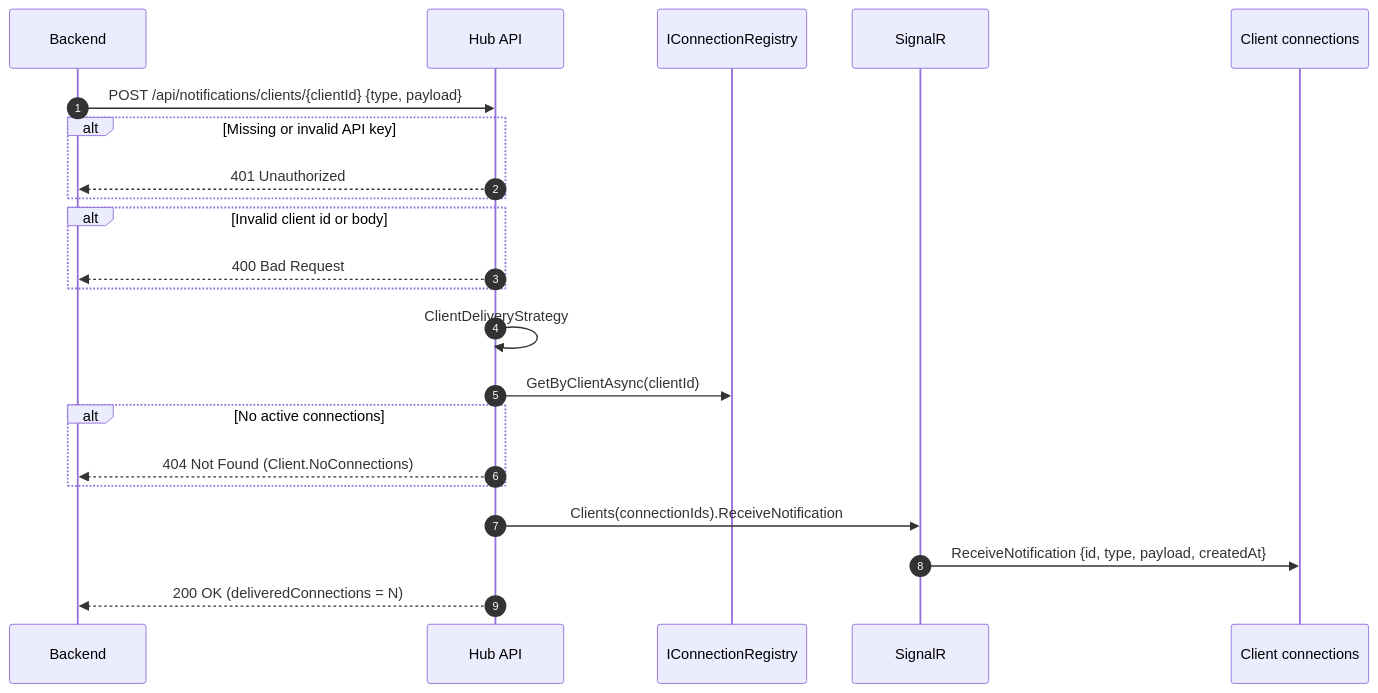
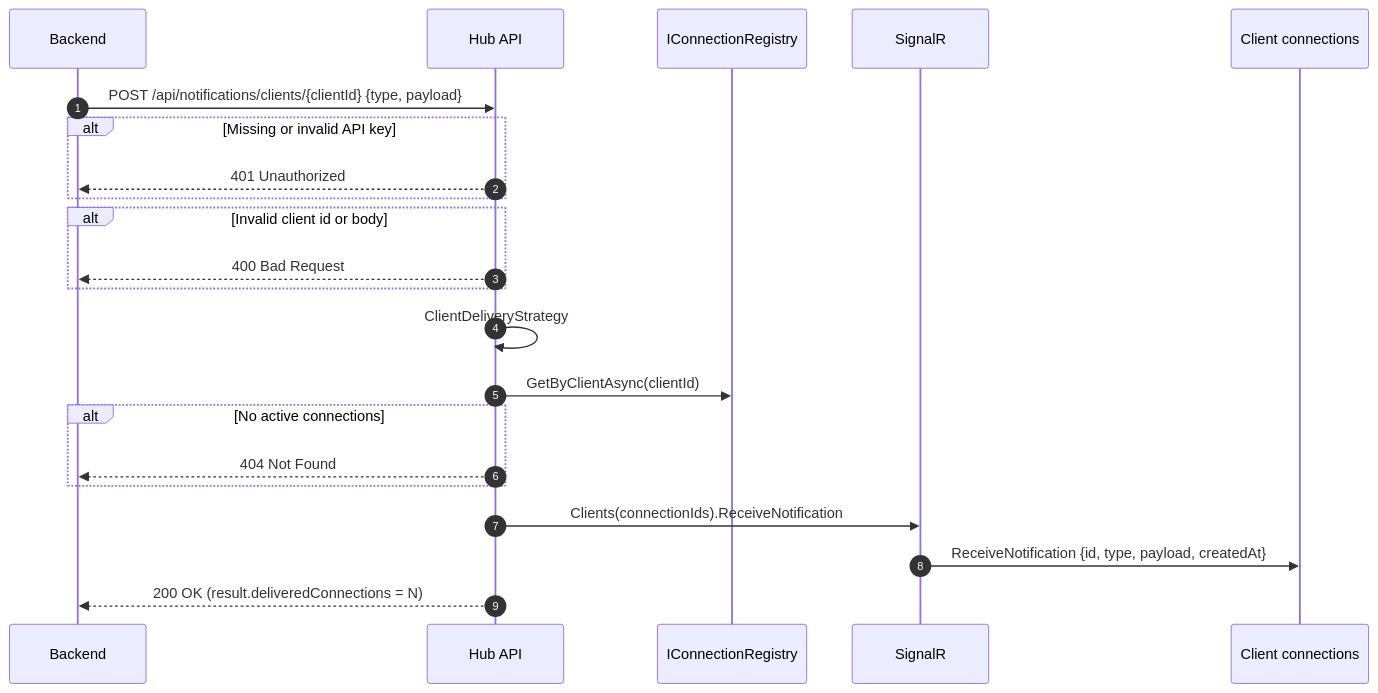
The second of 4 diagrams in README.md (Judamaro/signalrhub-dotnet), drawn with Mermaid before and after one commit. The commit also changed other lines of this file and 11 other files, not shown here.

````diff
--- a/README.md
+++ b/README.md
@@ -179,25 +187,25 @@
 ```mermaid
 sequenceDiagram
     autonumber
     participant Backend
     participant API as Hub API
     participant Registry as IConnectionRegistry
     participant Hub as SignalR
     participant Clients as Client connections
 
     Backend->>API: POST /api/notifications/clients/{clientId} {type, payload}
     alt Missing or invalid API key
         API-->>Backend: 401 Unauthorized
     end
     alt Invalid client id or body
         API-->>Backend: 400 Bad Request
     end
     API->>API: ClientDeliveryStrategy
     API->>Registry: GetByClientAsync(clientId)
     alt No active connections
-        API-->>Backend: 404 Not Found (Client.NoConnections)
+        API-->>Backend: 404 Not Found
     end
     API->>Hub: Clients(connectionIds).ReceiveNotification
     Hub->>Clients: ReceiveNotification {id, type, payload, createdAt}
-    API-->>Backend: 200 OK (deliveredConnections = N)
+    API-->>Backend: 200 OK (result.deliveredConnections = N)
 ```
````
